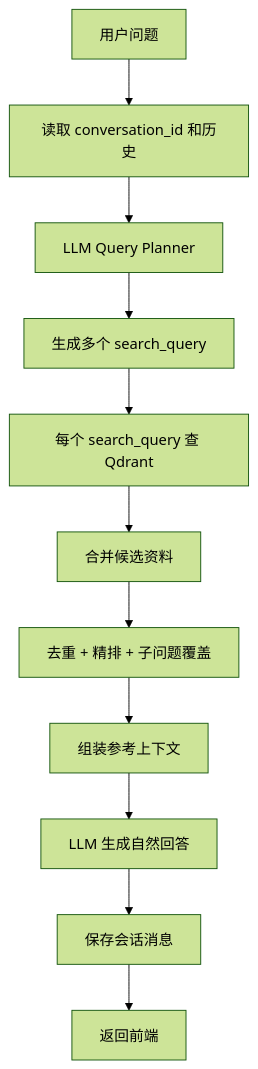
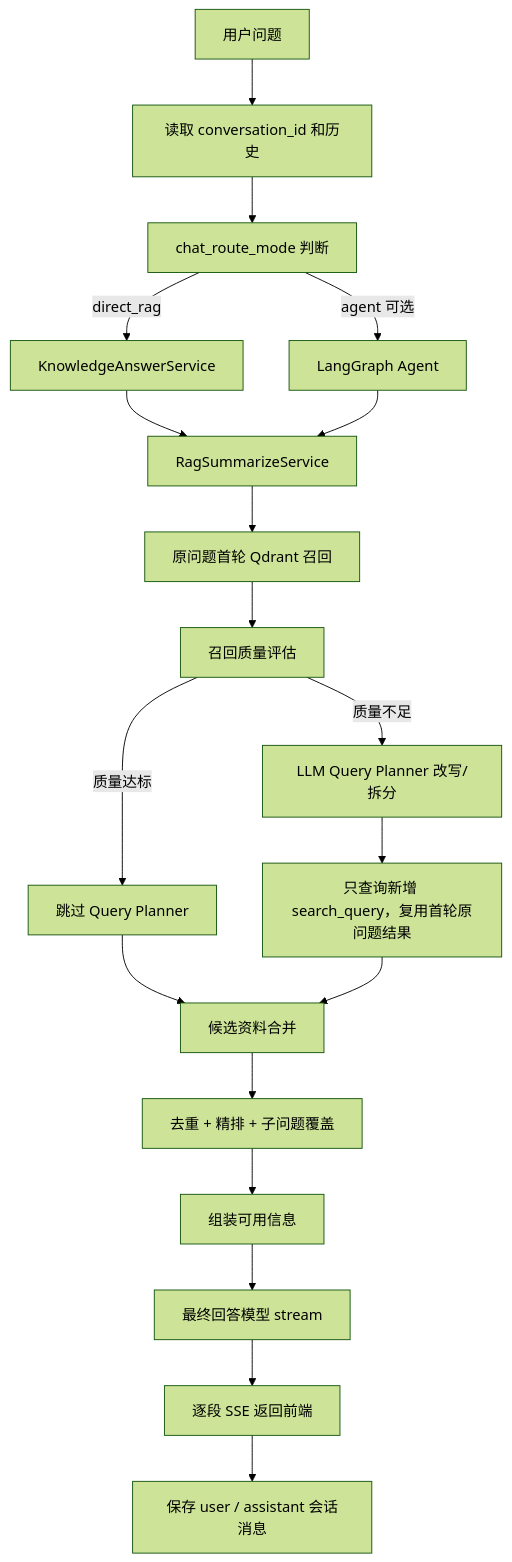
One commit to chen-liang-22/AI_RAG_Agent_Project changed the second of 3 diagrams in docs/ai_rag_agent_project_overall_design.md. Above: the diagram before and after it, drawn with Mermaid (forest theme). The commit also changed other lines of this file and 14 other files, not shown here.

````diff
--- a/docs/ai_rag_agent_project_overall_design.md
+++ b/docs/ai_rag_agent_project_overall_design.md
@@ -529,13 +544,21 @@
 ```mermaid
 flowchart TD
     A["用户问题"] --> B["读取 conversation_id 和历史"]
-    B --> C["LLM Query Planner"]
-    C --> D["生成多个 search_query"]
-    D --> E["每个 search_query 查 Qdrant"]
-    E --> F["合并候选资料"]
-    F --> G["去重 + 精排 + 子问题覆盖"]
-    G --> H["组装参考上下文"]
-    H --> I["LLM 生成自然回答"]
-    I --> J["保存会话消息"]
-    J --> K["返回前端"]
+    B --> C["chat_route_mode 判断"]
+    C -->|direct_rag| D["KnowledgeAnswerService"]
+    C -->|agent 可选| E["LangGraph Agent"]
+    D --> F["RagSummarizeService"]
+    E --> F
+    F --> G["原问题首轮 Qdrant 召回"]
+    G --> H["召回质量评估"]
+    H -->|质量达标| I["跳过 Query Planner"]
+    H -->|质量不足| J["LLM Query Planner 改写/拆分"]
+    J --> K["只查询新增 search_query，复用首轮原问题结果"]
+    I --> L["候选资料合并"]
+    K --> L
+    L --> M["去重 + 精排 + 子问题覆盖"]
+    M --> N["组装可用信息"]
+    N --> O["最终回答模型 stream"]
+    O --> P["逐段 SSE 返回前端"]
+    P --> Q["保存 user / assistant 会话消息"]
 ```
````
